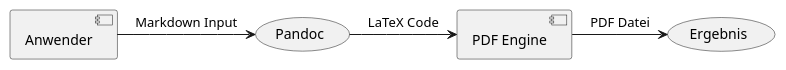
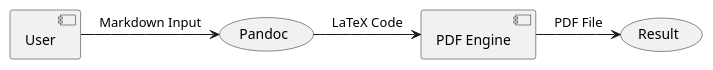
One commit to Wolfi-OwO/pandoc-documentation-creator changed the first of 2 diagrams in examples/advanced/documentation.md. Above: the diagram before and after it, drawn with PlantUML. The commit also changed other lines of this file and 6 other files, not shown here.

````diff
--- a/examples/advanced/documentation.md
+++ b/examples/advanced/documentation.md
@@ -316,7 +316,7 @@
 ```plantuml{#code-plantuml .plantuml caption="PlantUML diagram"}
 @startuml
-[Anwender] -> (Pandoc): Markdown Input
+[User] -> (Pandoc): Markdown Input
 (Pandoc) -> [PDF Engine]: LaTeX Code
-[PDF Engine] -> (Ergebnis): PDF Datei
+[PDF Engine] -> (Result): PDF File
 @enduml
 ```
````
